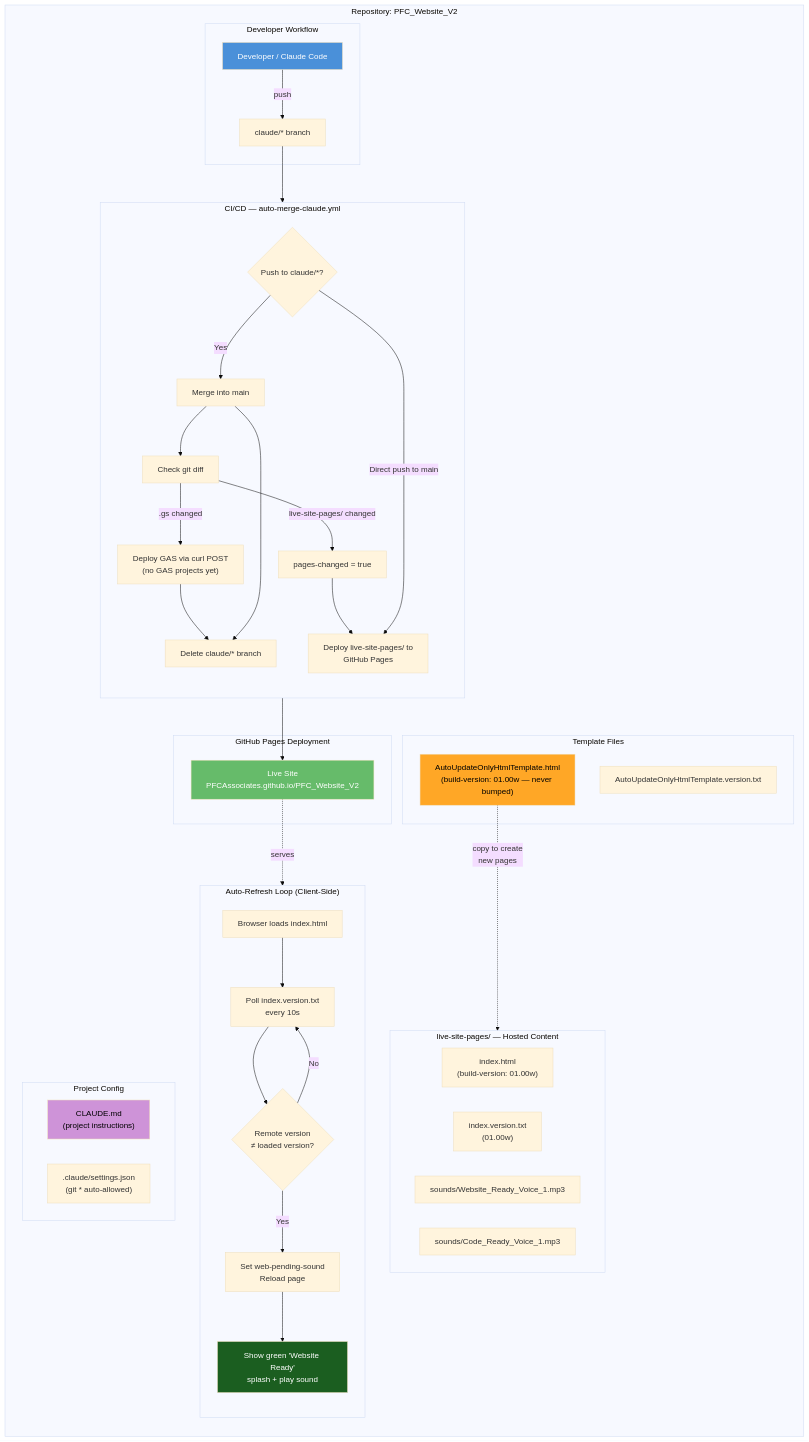
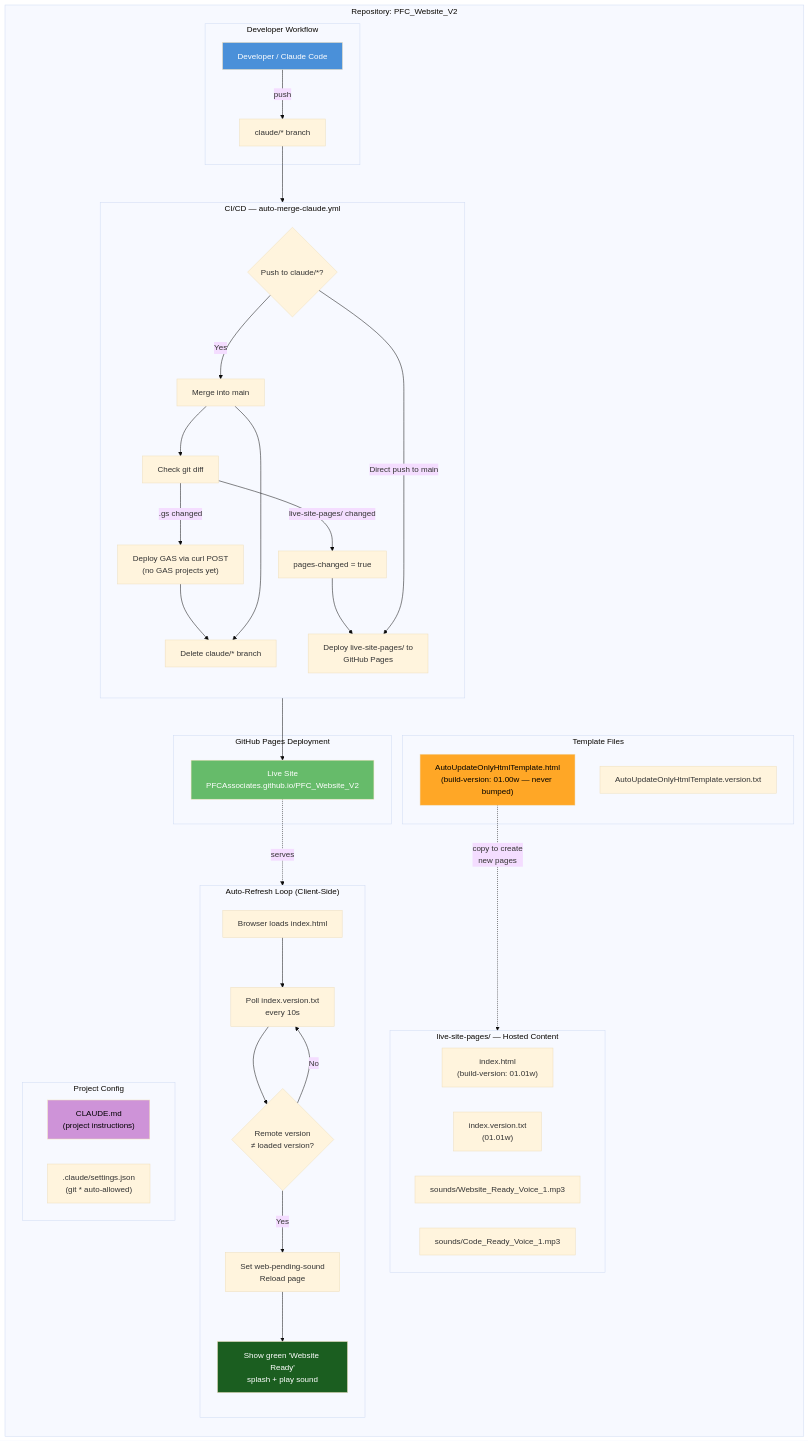
One commit to PFCAssociates/PFC_Website_V2 changed the diagram in repository-information/ARCHITECTURE.md. Above: the diagram before and after it, drawn with Mermaid (base theme). The commit also changed 5 other files, not shown here.

````diff
--- a/repository-information/ARCHITECTURE.md
+++ b/repository-information/ARCHITECTURE.md
@@ -3,73 +3,73 @@
 ```mermaid
 graph TB
     subgraph "Repository: PFC_Website_V2"
         direction TB
 
         subgraph "Developer Workflow"
             DEV["Developer / Claude Code"]
             CB["claude/* branch"]
             DEV -->|"push"| CB
         end
 
         subgraph "CI/CD — auto-merge-claude.yml"
             direction TB
             TRIGGER{"Push to claude/*?"}
             CB --> TRIGGER
             TRIGGER -->|Yes| MERGE["Merge into main"]
             MERGE --> DIFF["Check git diff"]
             DIFF -->|"live-site-pages/ changed"| PAGES_FLAG["pages-changed = true"]
             DIFF -->|".gs changed"| GAS_DEPLOY["Deploy GAS via curl POST\n(no GAS projects yet)"]
             GAS_DEPLOY --> DELETE_BR
             MERGE --> DELETE_BR["Delete claude/* branch"]
             PAGES_FLAG --> DEPLOY_PAGES
             TRIGGER -->|"Direct push to main"| DEPLOY_PAGES
         end
 
         subgraph "GitHub Pages Deployment"
             DEPLOY_PAGES["Deploy live-site-pages/ to\nGitHub Pages"]
             LIVE["Live Site\nPFCAssociates.github.io/PFC_Website_V2"]
             DEPLOY_PAGES --> LIVE
         end
 
         subgraph "live-site-pages/ — Hosted Content"
             direction LR
-            INDEX["index.html\n(build-version: 01.00w)"]
-            VERTXT["index.version.txt\n(01.00w)"]
+            INDEX["index.html\n(build-version: 01.01w)"]
+            VERTXT["index.version.txt\n(01.01w)"]
             SND1["sounds/Website_Ready_Voice_1.mp3"]
             SND2["sounds/Code_Ready_Voice_1.mp3"]
         end
 
         subgraph "Auto-Refresh Loop (Client-Side)"
             direction TB
             BROWSER["Browser loads index.html"]
             POLL["Poll index.version.txt\nevery 10s"]
             COMPARE{"Remote version\n≠ loaded version?"}
             RELOAD["Set web-pending-sound\nReload page"]
             SPLASH["Show green 'Website Ready'\nsplash + play sound"]
             BROWSER --> POLL
             POLL --> COMPARE
             COMPARE -->|Yes| RELOAD
             RELOAD --> SPLASH
             COMPARE -->|No| POLL
         end
 
         subgraph "Template Files"
             TPL["AutoUpdateOnlyHtmlTemplate.html\n(build-version: 01.00w — never bumped)"]
             TPL_VER["AutoUpdateOnlyHtmlTemplate.version.txt"]
         end
 
         subgraph "Project Config"
             CLAUDE_MD["CLAUDE.md\n(project instructions)"]
             SETTINGS[".claude/settings.json\n(git * auto-allowed)"]
         end
     end
 
     TPL -.->|"copy to create\nnew pages"| INDEX
     LIVE -.->|"serves"| BROWSER
 
     style DEV fill:#4a90d9,color:#fff
     style LIVE fill:#66bb6a,color:#fff
     style SPLASH fill:#1b5e20,color:#fff
     style TPL fill:#ffa726,color:#000
     style CLAUDE_MD fill:#ce93d8,color:#000
 ```
````
